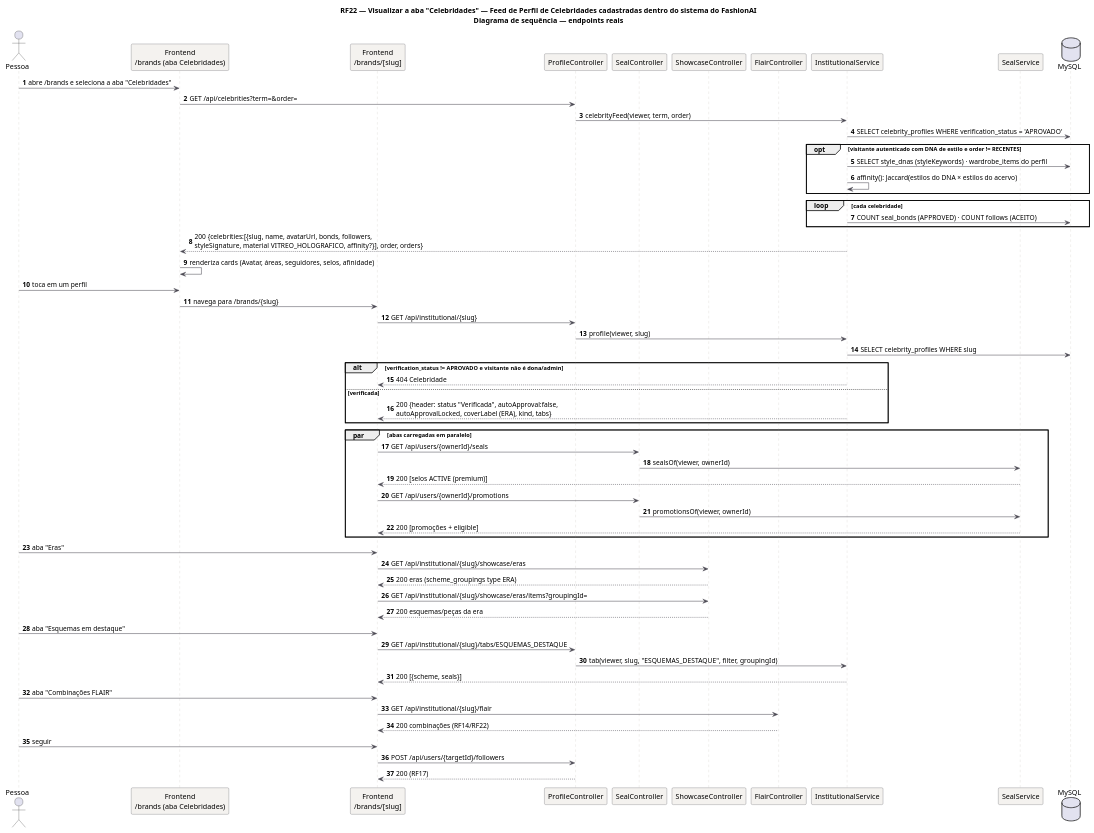
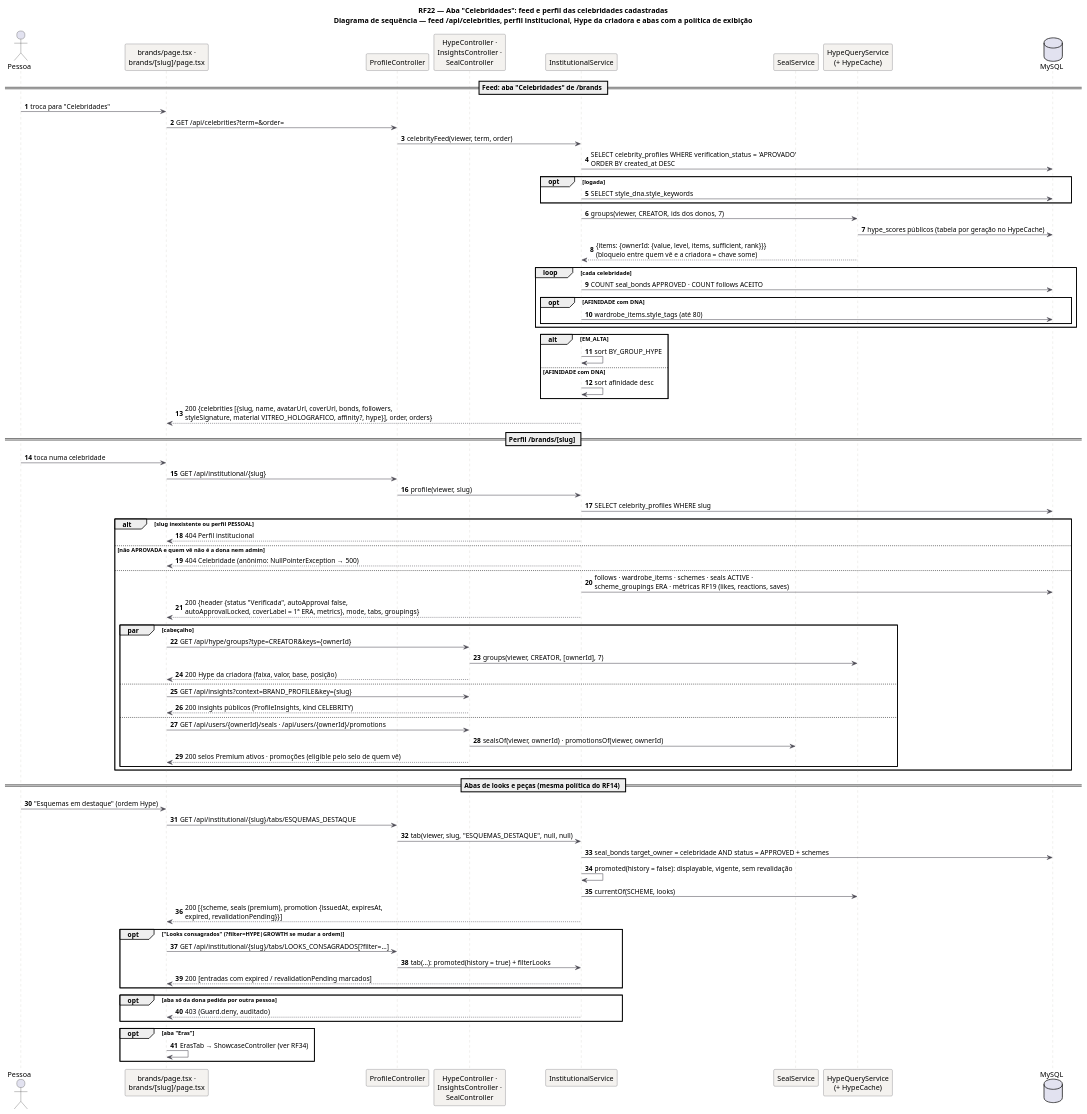
One commit to MatheusHaliski/tcc-2026-fashion-ai-backend changed the diagram in docs/diagramas/RF22/RF22-sequencia.puml. Above: the diagram before and after it, drawn with PlantUML. The commit also changed 638 other files, not shown here.

First line of the commit message:
Diagramas UML: reescrita pelo código atual e realinhamento ao Trello (parte 2, checkpoint)

```diff
--- a/docs/diagramas/RF22/RF22-sequencia.puml
+++ b/docs/diagramas/RF22/RF22-sequencia.puml
@@ -1,67 +1,94 @@
 @startuml RF22_Sequencia
-title RF22 — Visualizar a aba "Celebridades" — Feed de Perfil de Celebridades cadastradas dentro do sistema do FashionAI\nDiagrama de sequência — endpoints reais
+title RF22 — Aba "Celebridades": feed e perfil das celebridades cadastradas\nDiagrama de sequência — feed /api/celebrities, perfil institucional, Hype da criadora e abas com a política de exibição
 skinparam backgroundColor #FFFFFF
 skinparam sequence {
   ArrowColor #4A4852
   LifeLineBorderColor #CBC6BE
   ParticipantBackgroundColor #F4F2EF
   ParticipantBorderColor #4A4852
 }
+skinparam note {
+  BackgroundColor #FFFDEB
+  BorderColor #D8CE78
+  FontColor #554F24
+}
 autonumber
 actor "Pessoa" as U
-participant "Frontend\n/brands (aba Celebridades)" as FE
-participant "Frontend\n/brands/[slug]" as FE2
+participant "brands/page.tsx ·\nbrands/[slug]/page.tsx" as FE
 participant "ProfileController" as PC
-participant "SealController" as SC
-participant "ShowcaseController" as SH
-participant "FlairController" as FC
-participant "InstitutionalService" as I
-participant "SealService" as S
+participant "HypeController ·\nInsightsController ·\nSealController" as HC
+participant "InstitutionalService" as IS
+participant "SealService" as SS
+participant "HypeQueryService\n(+ HypeCache)" as HQ
 database "MySQL" as DB
-U -> FE: abre /brands e seleciona a aba "Celebridades"
+
+== Feed: aba "Celebridades" de /brands ==
+U -> FE: troca para "Celebridades"
 FE -> PC: GET /api/celebrities?term=&order=
-PC -> I: celebrityFeed(viewer, term, order)
-I -> DB: SELECT celebrity_profiles WHERE verification_status = 'APROVADO'
-opt visitante autenticado com DNA de estilo e order != RECENTES
-  I -> DB: SELECT style_dnas (styleKeywords) · wardrobe_items do perfil
-  I -> I: affinity(): Jaccard(estilos do DNA × estilos do acervo)
+PC -> IS: celebrityFeed(viewer, term, order)
+IS -> DB: SELECT celebrity_profiles WHERE verification_status = 'APROVADO'\nORDER BY created_at DESC
+opt logada
+  IS -> DB: SELECT style_dna.style_keywords
 end
+IS -> HQ: groups(viewer, CREATOR, ids dos donos, 7)
+HQ -> DB: hype_scores públicos (tabela por geração no HypeCache)
+HQ --> IS: {items: {ownerId: {value, level, items, sufficient, rank}}}\n(bloqueio entre quem vê e a criadora = chave some)
 loop cada celebridade
-  I -> DB: COUNT seal_bonds (APPROVED) · COUNT follows (ACEITO)
+  IS -> DB: COUNT seal_bonds APPROVED · COUNT follows ACEITO
+  opt AFINIDADE com DNA
+    IS -> DB: wardrobe_items.style_tags (até 80)
+  end
 end
-I --> FE: 200 {celebrities:[{slug, name, avatarUrl, bonds, followers,\nstyleSignature, material VITREO_HOLOGRAFICO, affinity?}], order, orders}
-FE -> FE: renderiza cards (Avatar, áreas, seguidores, selos, afinidade)
-U -> FE: toca em um perfil
-FE -> FE2: navega para /brands/{slug}
-FE2 -> PC: GET /api/institutional/{slug}
-PC -> I: profile(viewer, slug)
-I -> DB: SELECT celebrity_profiles WHERE slug
-alt verification_status != APROVADO e visitante não é dona/admin
-  I --> FE2: 404 Celebridade
-else verificada
-  I --> FE2: 200 {header: status "Verificada", autoApproval:false,\nautoApprovalLocked, coverLabel (ERA), kind, tabs}
+alt EM_ALTA
+  IS -> IS: sort BY_GROUP_HYPE
+else AFINIDADE com DNA
+  IS -> IS: sort afinidade desc
 end
-par abas carregadas em paralelo
-  FE2 -> SC: GET /api/users/{ownerId}/seals
-  SC -> S: sealsOf(viewer, ownerId)
-  S --> FE2: 200 [selos ACTIVE (premium)]
-  FE2 -> SC: GET /api/users/{ownerId}/promotions
-  SC -> S: promotionsOf(viewer, ownerId)
-  S --> FE2: 200 [promoções + eligible]
+IS --> FE: 200 {celebrities [{slug, name, avatarUrl, coverUrl, bonds, followers,\nstyleSignature, material VITREO_HOLOGRAFICO, affinity?, hype}], order, orders}
+
+== Perfil /brands/[slug] ==
+U -> FE: toca numa celebridade
+FE -> PC: GET /api/institutional/{slug}
+PC -> IS: profile(viewer, slug)
+IS -> DB: SELECT celebrity_profiles WHERE slug
+alt slug inexistente ou perfil PESSOAL
+  IS --> FE: 404 Perfil institucional
+else não APROVADA e quem vê não é a dona nem admin
+  IS --> FE: 404 Celebridade (anônimo: NullPointerException → 500)
+else
+  IS -> DB: follows · wardrobe_items · schemes · seals ACTIVE ·\nscheme_groupings ERA · métricas RF19 (likes, reactions, saves)
+  IS --> FE: 200 {header {status "Verificada", autoApproval false,\nautoApprovalLocked, coverLabel = 1ª ERA, metrics}, mode, tabs, groupings}
+  par cabeçalho
+    FE -> HC: GET /api/hype/groups?type=CREATOR&keys={ownerId}
+    HC -> HQ: groups(viewer, CREATOR, [ownerId], 7)
+    HC --> FE: 200 Hype da criadora (faixa, valor, base, posição)
+  else
+    FE -> HC: GET /api/insights?context=BRAND_PROFILE&key={slug}
+    HC --> FE: 200 insights públicos (ProfileInsights, kind CELEBRITY)
+  else
+    FE -> HC: GET /api/users/{ownerId}/seals · /api/users/{ownerId}/promotions
+    HC -> SS: sealsOf(viewer, ownerId) · promotionsOf(viewer, ownerId)
+    HC --> FE: 200 selos Premium ativos · promoções (eligible pelo selo de quem vê)
+  end
 end
-U -> FE2: aba "Eras"
-FE2 -> SH: GET /api/institutional/{slug}/showcase/eras
-SH --> FE2: 200 eras (scheme_groupings type ERA)
-FE2 -> SH: GET /api/institutional/{slug}/showcase/eras/items?groupingId=
-SH --> FE2: 200 esquemas/peças da era
-U -> FE2: aba "Esquemas em destaque"
-FE2 -> PC: GET /api/institutional/{slug}/tabs/ESQUEMAS_DESTAQUE
-PC -> I: tab(viewer, slug, "ESQUEMAS_DESTAQUE", filter, groupingId)
-I --> FE2: 200 [{scheme, seals}]
-U -> FE2: aba "Combinações FLAIR"
-FE2 -> FC: GET /api/institutional/{slug}/flair
-FC --> FE2: 200 combinações (RF14/RF22)
-U -> FE2: seguir
-FE2 -> PC: POST /api/users/{targetId}/followers
-PC --> FE2: 200 (RF17)
+
+== Abas de looks e peças (mesma política do RF14) ==
+U -> FE: "Esquemas em destaque" (ordem Hype)
+FE -> PC: GET /api/institutional/{slug}/tabs/ESQUEMAS_DESTAQUE
+PC -> IS: tab(viewer, slug, "ESQUEMAS_DESTAQUE", null, null)
+IS -> DB: seal_bonds target_owner = celebridade AND status = APPROVED + schemes
+IS -> IS: promoted(history = false): displayable, vigente, sem revalidação
+IS -> HQ: currentOf(SCHEME, looks)
+IS --> FE: 200 [{scheme, seals (premium), promotion {issuedAt, expiresAt,\nexpired, revalidationPending}}]
+opt "Looks consagrados" (?filter=HYPE|GROWTH se mudar a ordem)
+  FE -> PC: GET /api/institutional/{slug}/tabs/LOOKS_CONSAGRADOS[?filter=…]
+  PC -> IS: tab(…): promoted(history = true) + filterLooks
+  IS --> FE: 200 [entradas com expired / revalidationPending marcados]
+end
+opt aba só da dona pedida por outra pessoa
+  IS --> FE: 403 (Guard.deny, auditado)
+end
+opt aba "Eras"
+  FE -> FE: ErasTab → ShowcaseController (ver RF34)
+end
 @enduml
```
